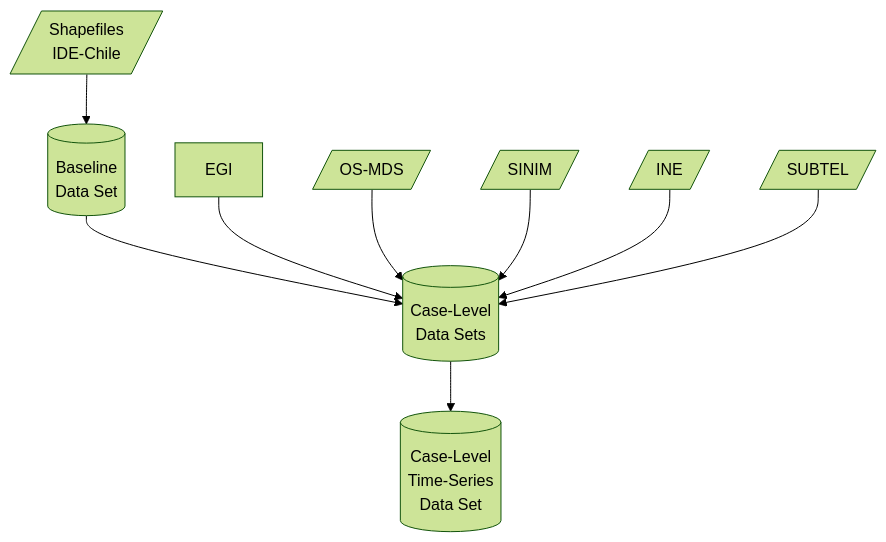
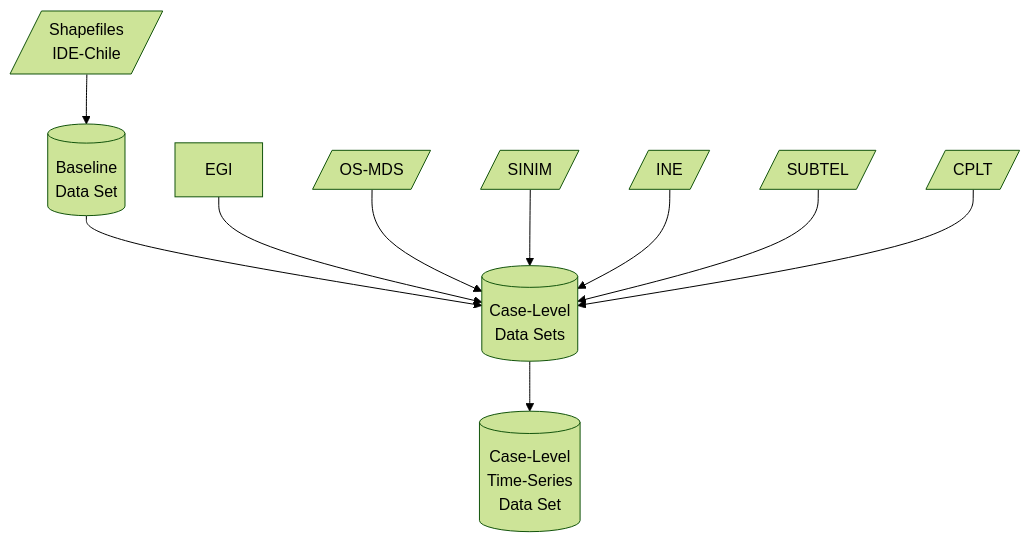
Before and after one commit to bgonzalezbustamante/local-gov-indicators: the diagram in README.md, drawn with Mermaid (forest theme). The commit also changed other lines of this file, not shown here.

````diff
--- a/README.md
+++ b/README.md
@@ -14,11 +14,12 @@
 ```mermaid
   graph TD;
       A[/Shapefiles<br/>IDE-Chile/] --> B[(Baseline<br/>Data Set)];
       B --> C[(Case-Level<br/>Data Sets)];
       D[EGI] --> C;
       E[/OS-MDS/] --> C;
       F[/SINIM/] --> C;
       G[/INE/] --> C;
       H[/SUBTEL/] --> C;
-      C --> I[(Case-Level<br/>Time-Series<br/>Data Set)];
+      I[/CPLT/] --> C;
+      C --> J[(Case-Level<br/>Time-Series<br/>Data Set)];
 ```
````
